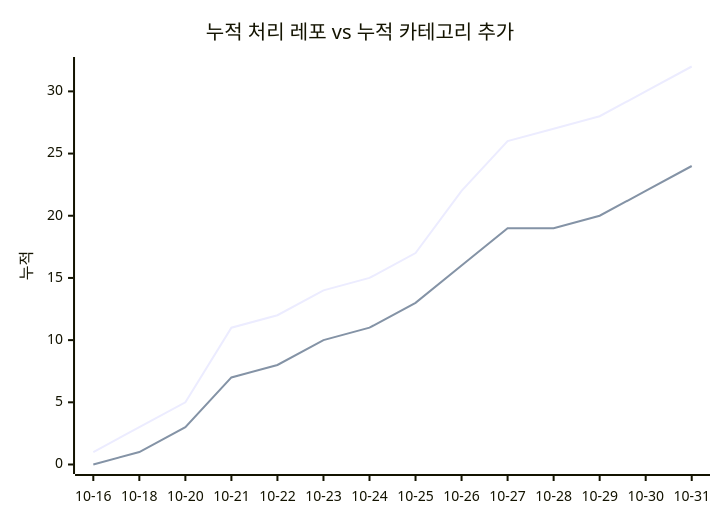
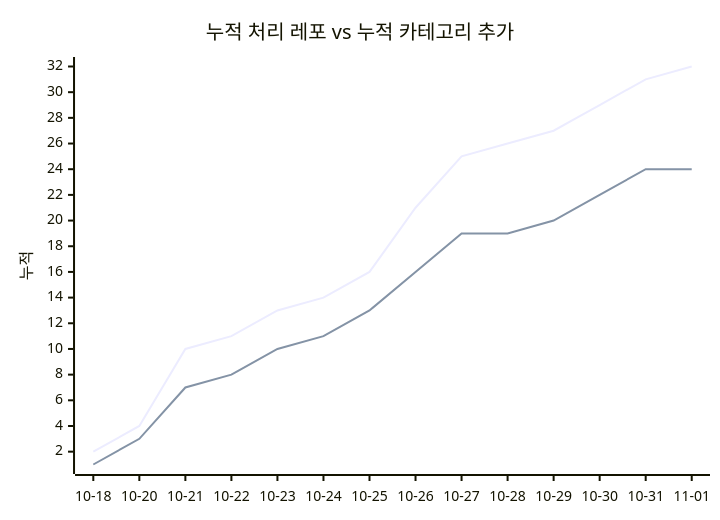
The second of 2 diagrams in docs/trends.md (J-nowcow/awesome-korean-agent-skills), drawn with Mermaid before and after one commit. The commit also changed other lines of this file and 2 other files, not shown here.

````diff
--- a/docs/trends.md
+++ b/docs/trends.md
@@ -68,8 +68,8 @@
 ```mermaid
 xychart-beta
     title "누적 처리 레포 vs 누적 카테고리 추가"
-    x-axis ["10-16","10-18","10-20","10-21","10-22","10-23","10-24","10-25","10-26","10-27","10-28","10-29","10-30","10-31"]
+    x-axis ["10-18","10-20","10-21","10-22","10-23","10-24","10-25","10-26","10-27","10-28","10-29","10-30","10-31","11-01"]
     y-axis "누적"
-    line [1,3,5,11,12,14,15,17,22,26,27,28,30,32]
-    line [0,1,3,7,8,10,11,13,16,19,19,20,22,24]
+    line [2,4,10,11,13,14,16,21,25,26,27,29,31,32]
+    line [1,3,7,8,10,11,13,16,19,19,20,22,24,24]
 ```
````
